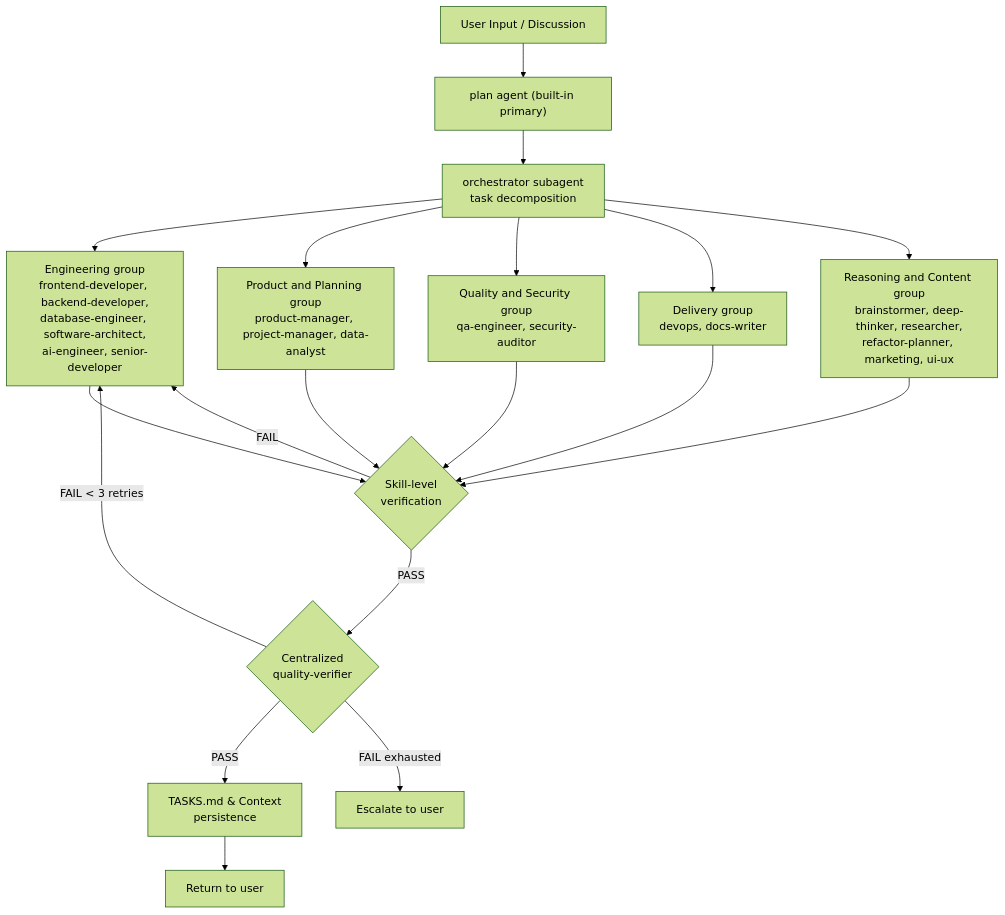
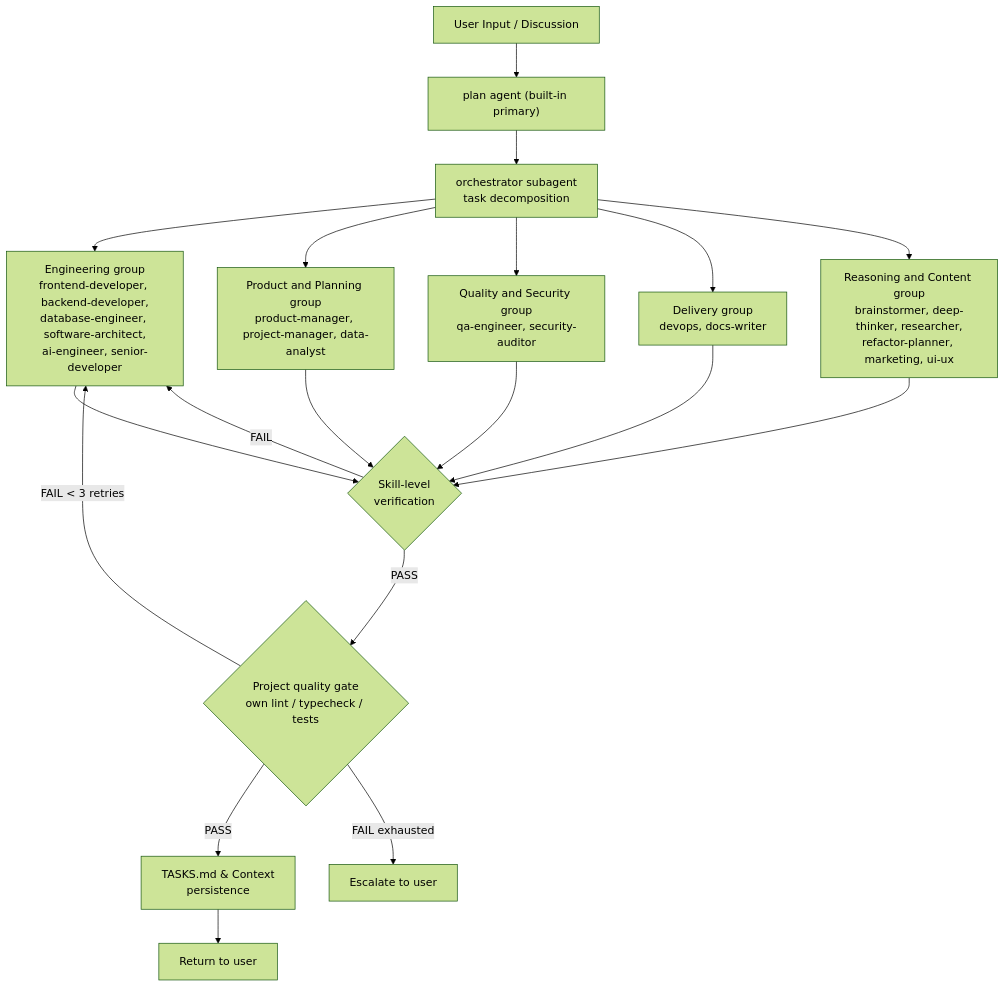
One commit to thomiOmi/agent-skills changed the diagram in ARCHITECTURE.md. Above: the diagram before and after it, drawn with Mermaid (forest theme). The commit also changed other lines of this file and 18 other files, not shown here.

First line of the commit message:
feat(plugin)!: remove quality-verifier custom tool

````diff
--- a/ARCHITECTURE.md
+++ b/ARCHITECTURE.md
@@ -24,26 +24,26 @@
 ```mermaid
 flowchart TD
     User["User Input / Discussion"] --> Plan["plan agent (built-in primary)"]
     Plan --> Orchestrator["orchestrator subagent<br/>task decomposition"]
 
     Orchestrator --> Eng["Engineering group<br/>frontend-developer, backend-developer,<br/>database-engineer, software-architect,<br/>ai-engineer, senior-developer"]
     Orchestrator --> Prod["Product and Planning group<br/>product-manager, project-manager, data-analyst"]
     Orchestrator --> QAG["Quality and Security group<br/>qa-engineer, security-auditor"]
     Orchestrator --> Ops["Delivery group<br/>devops, docs-writer"]
     Orchestrator --> Think["Reasoning and Content group<br/>brainstormer, deep-thinker, researcher,<br/>refactor-planner, marketing, ui-ux"]
 
     Eng --> SkillCheck{"Skill-level<br/>verification"}
     Prod --> SkillCheck
     QAG --> SkillCheck
     Ops --> SkillCheck
     Think --> SkillCheck
 
-    SkillCheck -- PASS --> CentralCheck{"Centralized<br/>quality-verifier"}
+    SkillCheck -- PASS --> CentralCheck{"Project quality gate<br/>own lint / typecheck / tests"}
     SkillCheck -- FAIL --> Eng
 
     CentralCheck -- PASS --> Remember["TASKS.md & Context<br/>persistence"]
     CentralCheck -- "FAIL &lt; 3 retries" --> Eng
     CentralCheck -- FAIL exhausted --> Escalate["Escalate to user"]
 
     Remember --> Return["Return to user"]
 ```
````
